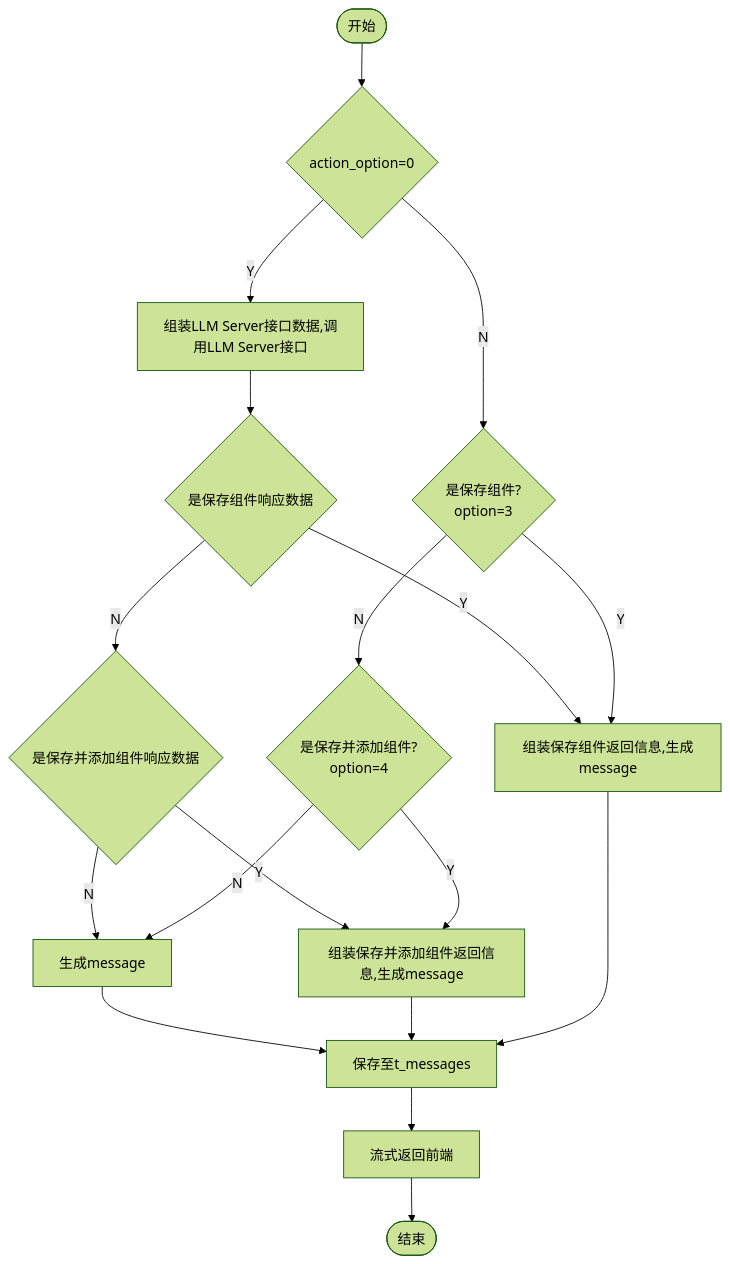
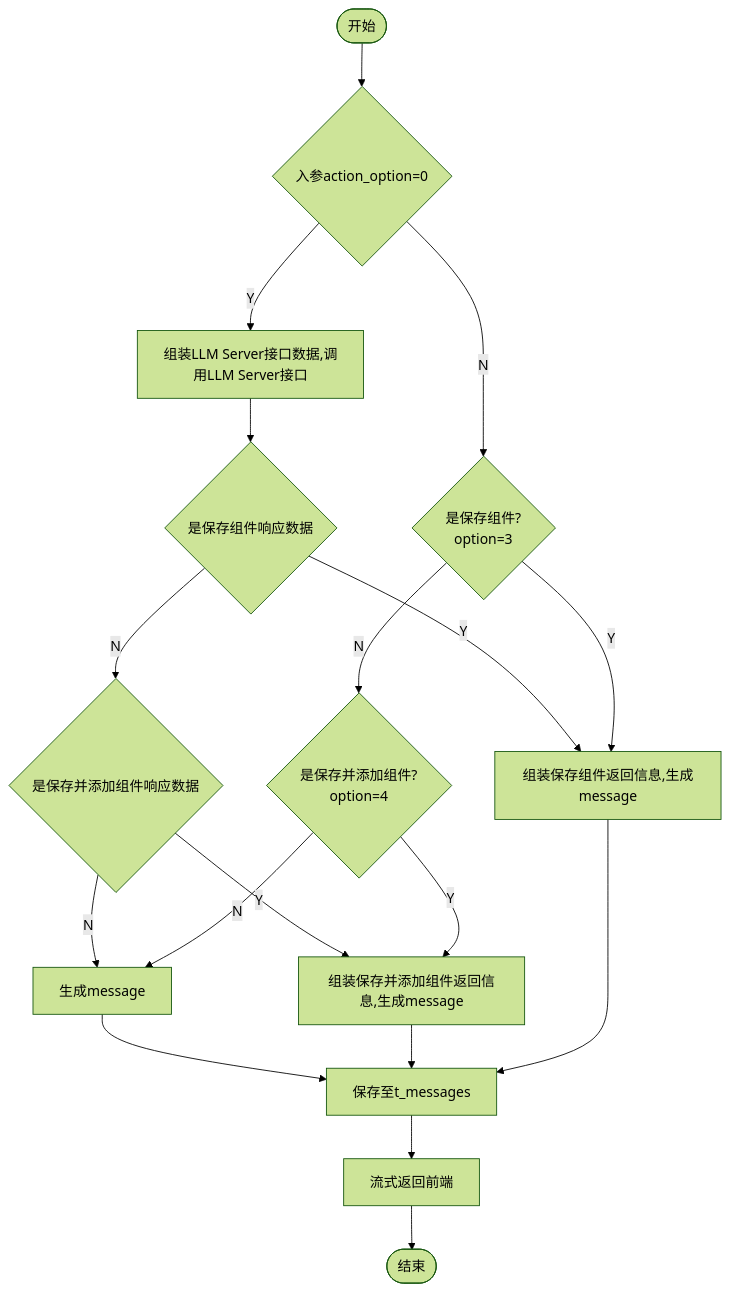
The diagram in all/添加保存组件.md (yingjianzh/iodraw-files), drawn with Mermaid (forest theme) before and after one commit.

Commit message:
2024-10-15 15:22:47 update

````diff
--- a/all/添加保存组件.md
+++ b/all/添加保存组件.md
@@ -1,20 +1,20 @@
 ```mermaid
 flowchart TD
-    A([开始]) --> B{action_option=0}
+    A([开始]) --> B{入参action_option=0}
     B -- Y --> C[组装LLM Server接口数据,调用LLM Server接口]
     B -- N --> D{是保存组件? \n option=3}
     E -- N --> L{是保存并添加组件响应数据}
     E -- Y --> F[组装保存组件返回信息,生成message]
     C --> E{是保存组件响应数据}
     L -- N --> R[生成message]
     R --> G
     L -- Y --> K
     D -- Y --> F
     D -- N --> J{是保存并添加组件? \n option=4}
     J -- Y --> K[组装保存并添加组件返回信息,生成message]
     K --> G
     J -- N --> R
     F --> G[保存至t_messages]
     G --> H[流式返回前端]
     H --> I([结束])
 ```
````
